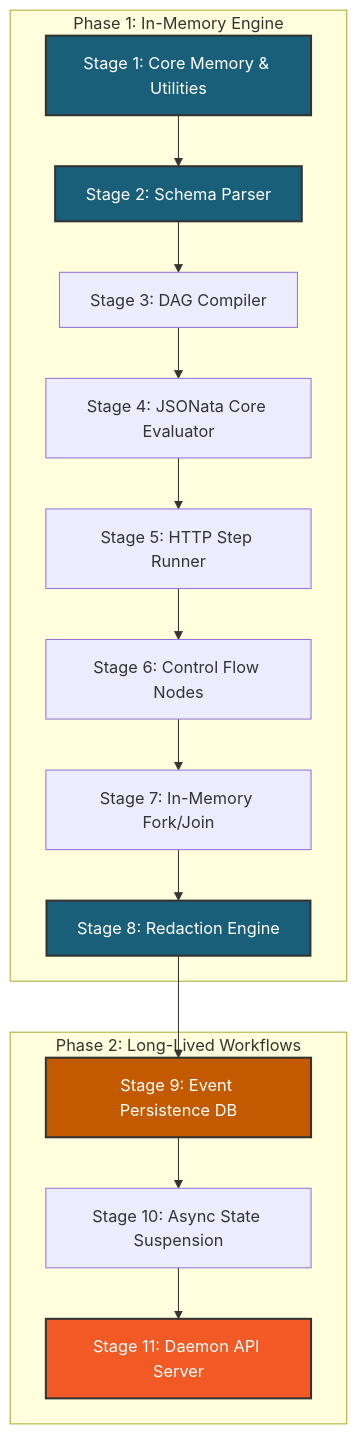
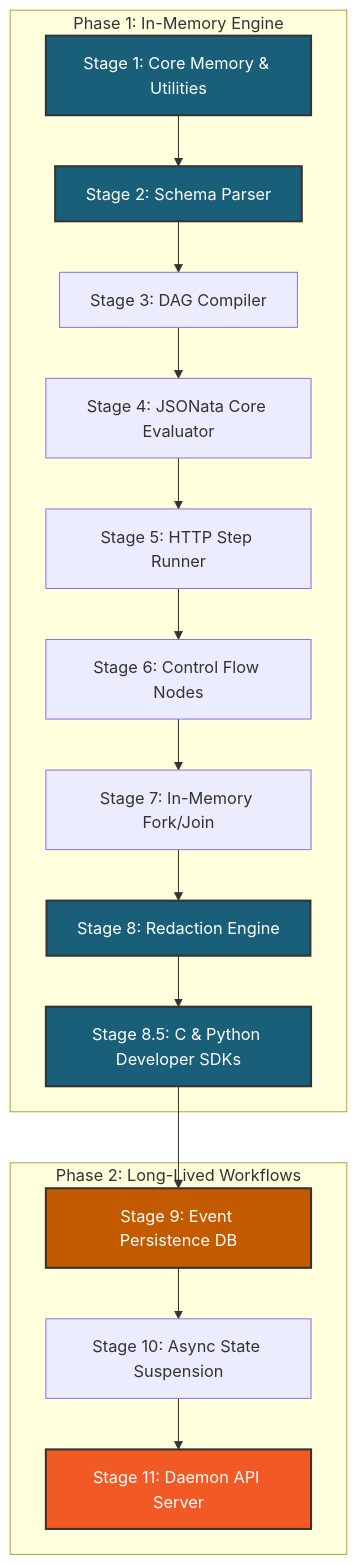
One commit to Shammas44/nestor changed the diagram in specs/ROADMAP.md. Above: the diagram before and after it, drawn with Mermaid. The commit also changed other lines of this file, not shown here.

Commit message:
docs: add Stage 8.5 (C & Python Developer SDKs) to roadmap

````diff
--- a/specs/ROADMAP.md
+++ b/specs/ROADMAP.md
@@ -18,24 +18,26 @@
 ```mermaid
 graph TD
     subgraph Phase 1: In-Memory Engine
         S1[Stage 1: Core Memory & Utilities] --> S2[Stage 2: Schema Parser]
         S2 --> S3[Stage 3: DAG Compiler]
         S3 --> S4[Stage 4: JSONata Core Evaluator]
         S4 --> S5[Stage 5: HTTP Step Runner]
         S5 --> S6[Stage 6: Control Flow Nodes]
         S6 --> S7[Stage 7: In-Memory Fork/Join]
         S7 --> S8[Stage 8: Redaction Engine]
+        S8 --> SDK[Stage 8.5: C & Python Developer SDKs]
     end
 
     subgraph Phase 2: Long-Lived Workflows
-        S8 --> S9[Stage 9: Event Persistence DB]
+        SDK --> S9[Stage 9: Event Persistence DB]
         S9 --> S10[Stage 10: Async State Suspension]
         S10 --> S11[Stage 11: Daemon API Server]
     end
 
     style S1 fill:#1a5f7a,stroke:#333,stroke-width:2px,color:#fff
     style S2 fill:#1a5f7a,stroke:#333,stroke-width:2px,color:#fff
     style S8 fill:#1a5f7a,stroke:#333,stroke-width:2px,color:#fff
+    style SDK fill:#1a5f7a,stroke:#333,stroke-width:2px,color:#fff
     style S9 fill:#c45a00,stroke:#333,stroke-width:2px,color:#fff
     style S11 fill:#f15a24,stroke:#333,stroke-width:2px,color:#fff
 ```
````
